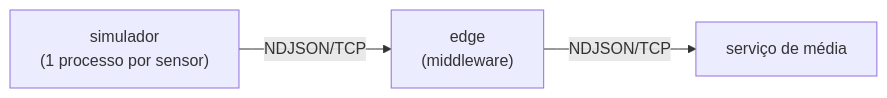
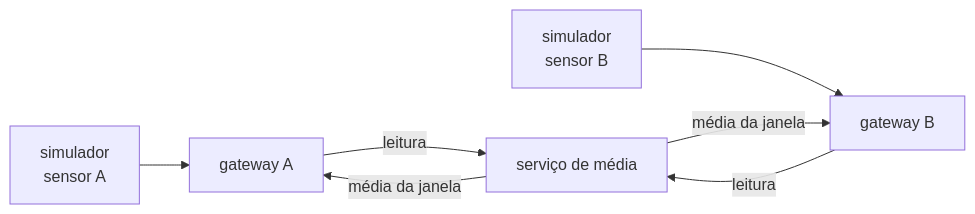
Before and after one commit to bugFlavia/projeto-sistemas-distribuidos: the diagram in README.md, drawn with Mermaid. The commit also changed other lines of this file, not shown here.

First line of the commit message:
docs: documenta o gateway por sensor e o retorno da media

````diff
--- a/README.md
+++ b/README.md
@@ -49,5 +44,9 @@
 ```mermaid
 flowchart LR
-    S["simulador<br/>(1 processo por sensor)"] -->|"NDJSON/TCP"| E["edge<br/>(middleware)"]
-    E -->|"NDJSON/TCP"| M["serviço de média"]
+    S1["simulador<br/>sensor A"] --> G1["gateway A"]
+    S2["simulador<br/>sensor B"] --> G2["gateway B"]
+    G1 -->|"leitura"| M["serviço de média"]
+    M -->|"média da janela"| G1
+    G2 -->|"leitura"| M
+    M -->|"média da janela"| G2
 ```
````
